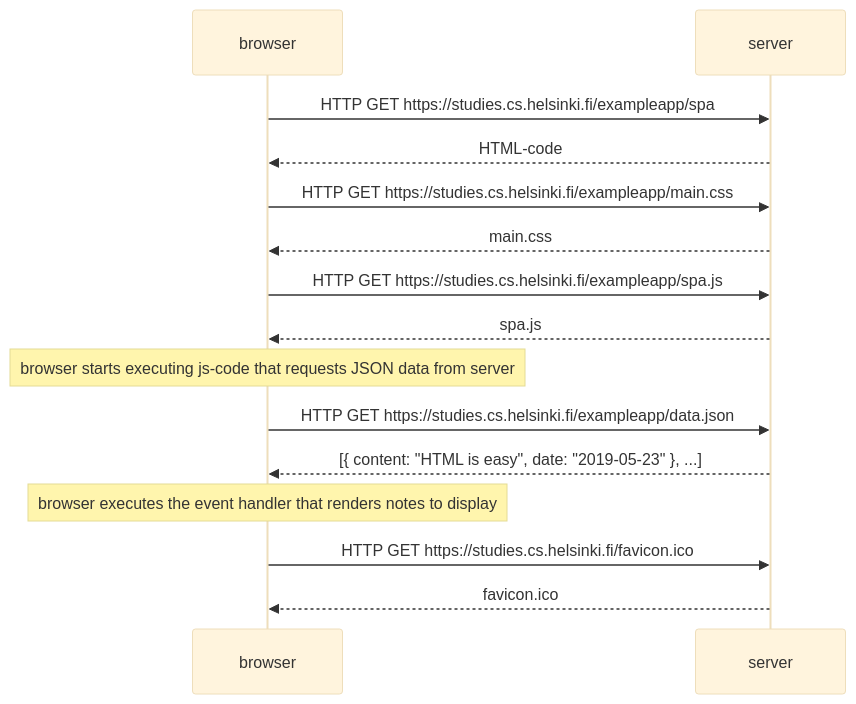
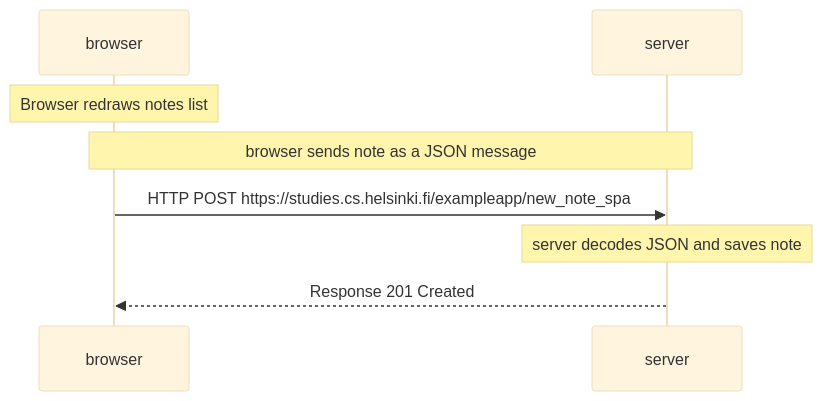
The diagram in part_0/exercise_0_6/README.md (aabuderi/fullstack-2022), drawn with Mermaid (base theme) before and after one commit.

````diff
--- a/part_0/exercise_0_6/README.md
+++ b/part_0/exercise_0_6/README.md
@@ -1,19 +1,12 @@
 ```mermaid
 sequenceDiagram
     participant browser
     participant server
-    browser->>server: HTTP GET https://studies.cs.helsinki.fi/exampleapp/spa
-    server-->>browser: HTML-code
-    browser->>server: HTTP GET https://studies.cs.helsinki.fi/exampleapp/main.css
-    server-->>browser: main.css
-    browser->>server: HTTP GET https://studies.cs.helsinki.fi/exampleapp/spa.js
-    server-->>browser: spa.js
 
-    note over browser: browser starts executing js-code that requests JSON data from server
-
-    browser->>server: HTTP GET https://studies.cs.helsinki.fi/exampleapp/data.json
-    server-->>browser: [{ content: "HTML is easy", date: "2019-05-23" }, ...]
-    note over browser: browser executes the event handler that renders notes to display
-    browser->>server: HTTP GET https://studies.cs.helsinki.fi/favicon.ico
-    server-->>browser: favicon.ico
+    note over browser: Browser redraws notes list
+    note over browser, server: browser sends note as a JSON message
+    browser->>server: HTTP POST https://studies.cs.helsinki.fi/exampleapp/new_note_spa
+    
+    note over server: server decodes JSON and saves note
+    server-->>browser: Response 201 Created
 ```
````
